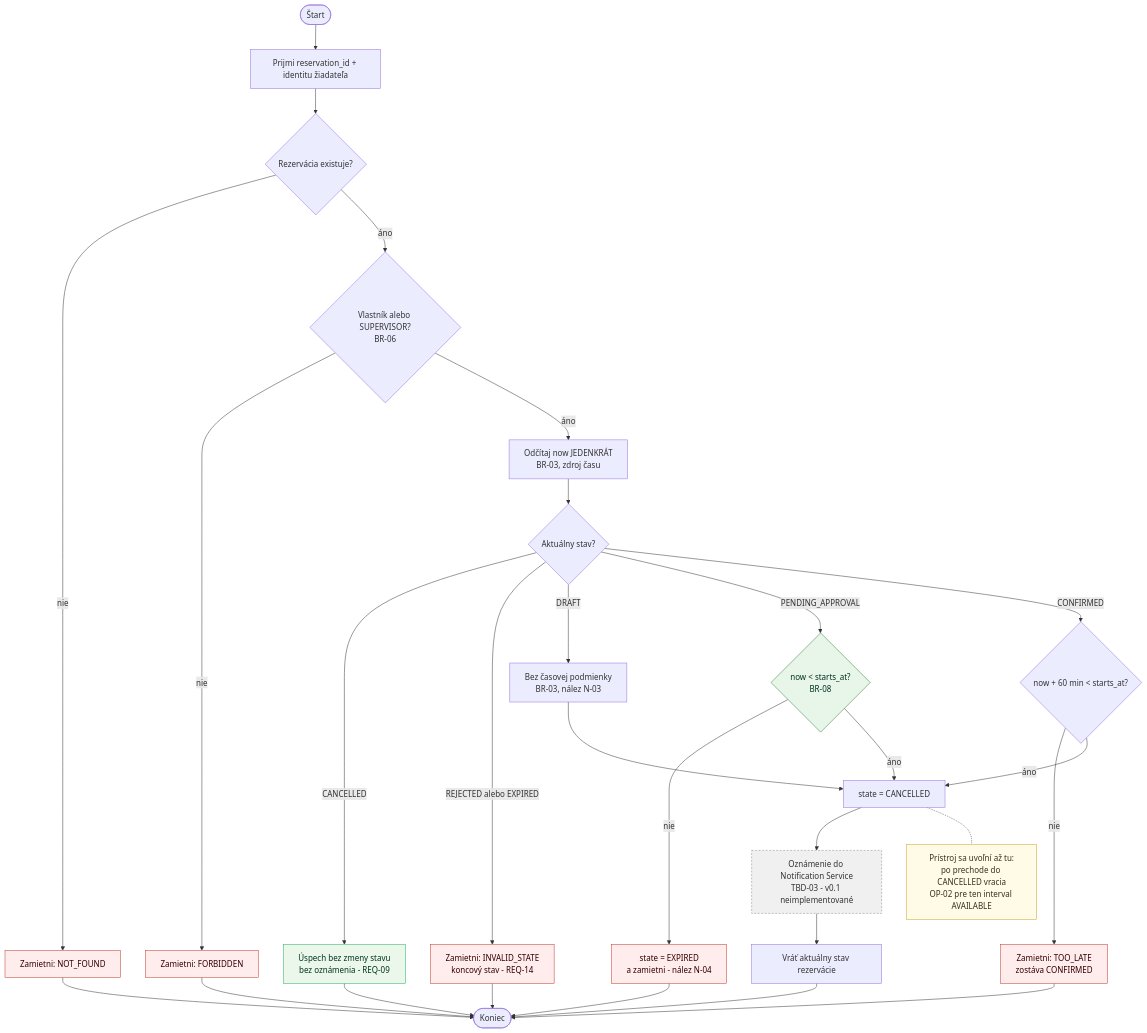
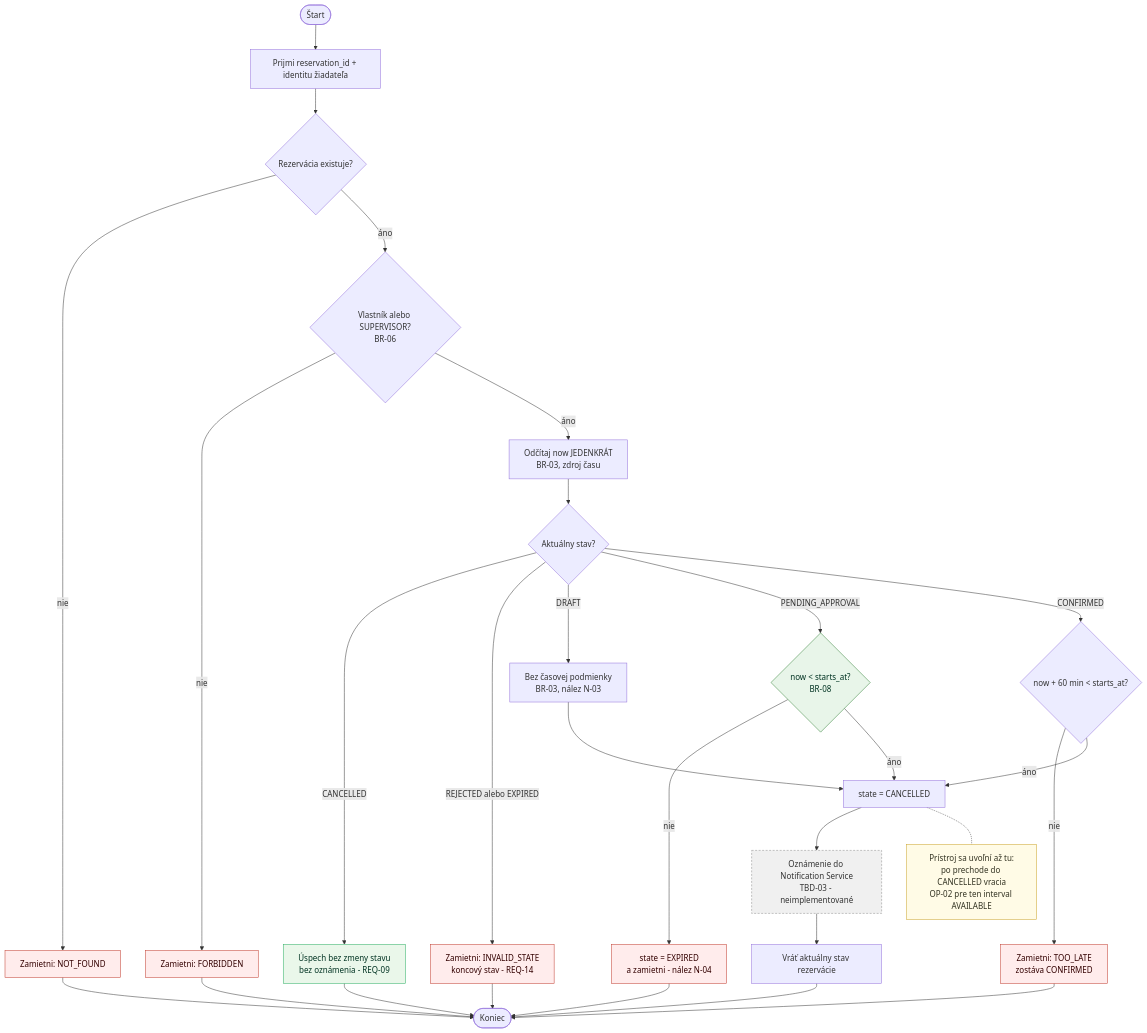
One commit to thspowered/SWI-LAB changed the sixth of 7 diagrams in docs/diagrams.md. Above: the diagram before and after it, drawn with Mermaid. The commit also changed other lines of this file and 13 other files, not shown here.

````diff
--- a/docs/diagrams.md
+++ b/docs/diagrams.md
@@ -283,43 +285,43 @@
 ```mermaid
 flowchart TD
     A([Štart]) --> B["Prijmi reservation_id + identitu žiadateľa"]
     B --> C{"Rezervácia existuje?"}
     C -->|"nie"| X1["Zamietni: NOT_FOUND"]
     C -->|"áno"| D{"Vlastník alebo SUPERVISOR?<br/>BR-06"}
     D -->|"nie"| X2["Zamietni: FORBIDDEN"]
     D -->|"áno"| E["Odčítaj now JEDENKRÁT<br/>BR-03, zdroj času"]
     E --> F{"Aktuálny stav?"}
     F -->|"CANCELLED"| R1["Úspech bez zmeny stavu<br/>bez oznámenia - REQ-09"]
     F -->|"REJECTED alebo EXPIRED"| X5["Zamietni: INVALID_STATE<br/>koncový stav - REQ-14"]
     F -->|"DRAFT"| G["Bez časovej podmienky<br/>BR-03, nález N-03"]
     F -->|"PENDING_APPROVAL"| Q{"now < starts_at?<br/>BR-08"}
     F -->|"CONFIRMED"| H{"now + 60 min < starts_at?"}
     Q -->|"nie"| X6["state = EXPIRED<br/>a zamietni - nález N-04"]
     Q -->|"áno"| J["state = CANCELLED"]
     G --> J
     H -->|"nie"| X4["Zamietni: TOO_LATE<br/>zostáva CONFIRMED"]
     H -->|"áno"| J
-    J --> K["Oznámenie do Notification Service<br/>TBD-03 - v0.1 neimplementované"]
+    J --> K["Oznámenie do Notification Service<br/>TBD-03 - neimplementované"]
     K --> L["Vráť aktuálny stav rezervácie"]
     L --> Z([Koniec])
     R1 --> Z
     X1 --> Z
     X2 --> Z
     X4 --> Z
     X5 --> Z
     X6 --> Z
 
     N["Prístroj sa uvoľní až tu:<br/>po prechode do CANCELLED vracia<br/>OP-02 pre ten interval AVAILABLE"]
     J -.- N
 
     classDef rej fill:#ffecec,stroke:#c0392b,color:#300;
     classDef ok fill:#eaf7ea,stroke:#27ae60,color:#032;
     classDef note fill:#fffbe6,stroke:#c9a227,color:#332;
     classDef todo fill:#f0f0f0,stroke:#888,color:#333,stroke-dasharray: 4 3;
     classDef new fill:#e8f5e9,stroke:#2e7d32,color:#032;
     class X1,X2,X4,X5,X6 rej;
     class R1 ok;
     class N note;
     class K todo;
     class Q new;
 ```
````
